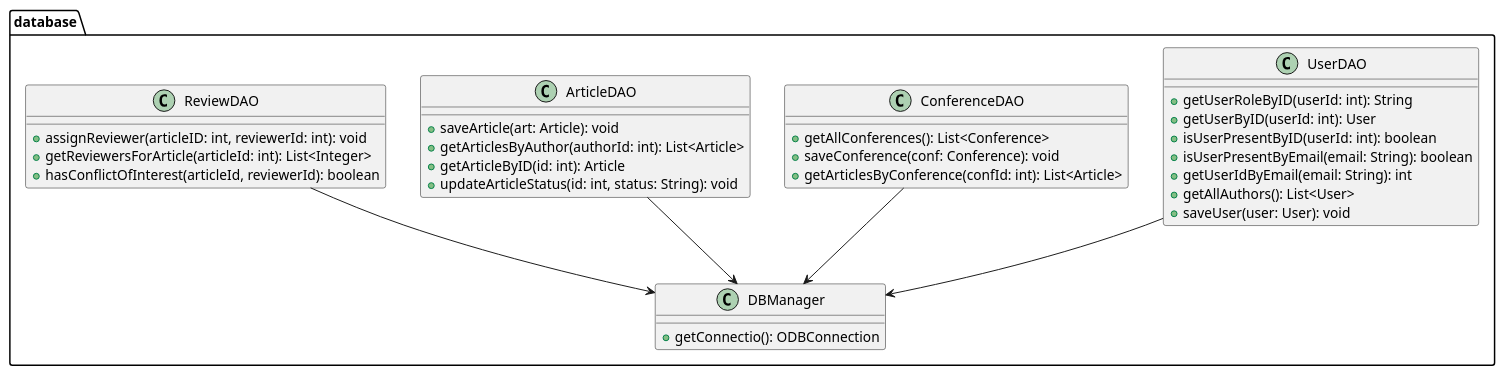
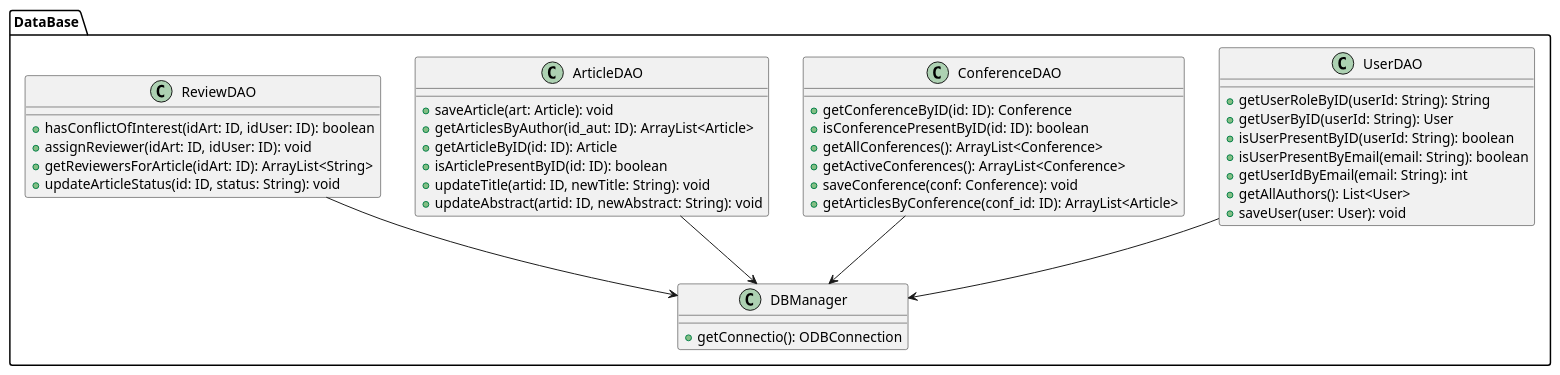
The diagram in VisualParadigm/diagramma_prg_database.puml (Air4x/Progetto_ISW), drawn with PlantUML before and after one commit. The commit also changed 2 other files, not shown here.

Commit message:
Aggiornati diagrammi di progettazione dei vari package

```diff
--- a/VisualParadigm/diagramma_prg_database.puml
+++ b/VisualParadigm/diagramma_prg_database.puml
@@ -1,41 +1,47 @@
 @startuml
-package database {
+package DataBase {
   class UserDAO {
-    + getUserRoleByID(userId: int): String		
-    + getUserByID(userId: int): User
-    + isUserPresentByID(userId: int): boolean
+    + getUserRoleByID(userId: String): String		
+    + getUserByID(userId: String): User
+    + isUserPresentByID(userId: String): boolean
     + isUserPresentByEmail(email: String): boolean
     + getUserIdByEmail(email: String): int
     + getAllAuthors(): List<User>
     + saveUser(user: User): void
   }
   
   class ConferenceDAO {
-    + getAllConferences(): List<Conference>
+    + getConferenceByID(id: ID): Conference
+    + isConferencePresentByID(id: ID): boolean
+    + getAllConferences(): ArrayList<Conference>
+    + getActiveConferences(): ArrayList<Conference>
     + saveConference(conf: Conference): void
-    + getArticlesByConference(confId: int): List<Article>
+    + getArticlesByConference(conf_id: ID): ArrayList<Article>
   }
   
   class ArticleDAO {
     + saveArticle(art: Article): void
-    + getArticlesByAuthor(authorId: int): List<Article>
-    + getArticleByID(id: int): Article
-    + updateArticleStatus(id: int, status: String): void
+    + getArticlesByAuthor(id_aut: ID): ArrayList<Article>
+    + getArticleByID(id: ID): Article
+    + isArticlePresentByID(id: ID): boolean
+    + updateTitle(artid: ID, newTitle: String): void
+    + updateAbstract(artid: ID, newAbstract: String): void
   }
   
   class ReviewDAO {
-    + assignReviewer(articleID: int, reviewerId: int): void
-    + getReviewersForArticle(articleId: int): List<Integer>
-    + hasConflictOfInterest(articleId, reviewerId): boolean
+    + hasConflictOfInterest(idArt: ID, idUser: ID): boolean
+    + assignReviewer(idArt: ID, idUser: ID): void
+    + getReviewersForArticle(idArt: ID): ArrayList<String>
+    + updateArticleStatus(id: ID, status: String): void
   }
 
   class DBManager {
     + getConnectio(): ODBConnection
   }
 
   UserDAO --> DBManager
   ConferenceDAO --> DBManager
   ArticleDAO --> DBManager
   ReviewDAO --> DBManager
 }
 @enduml
```
